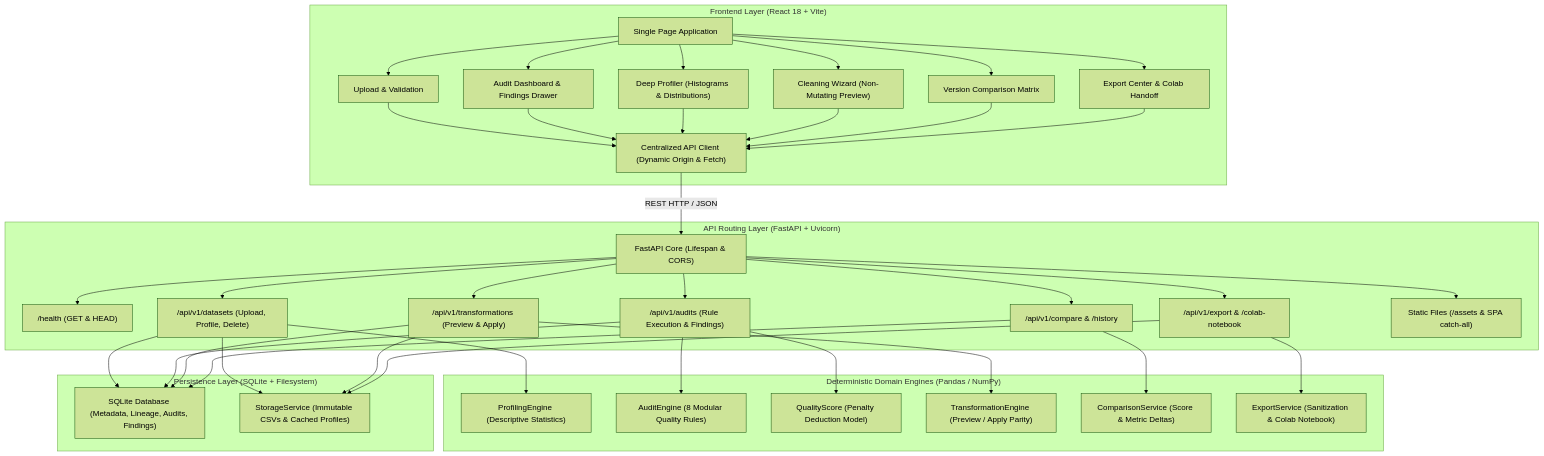
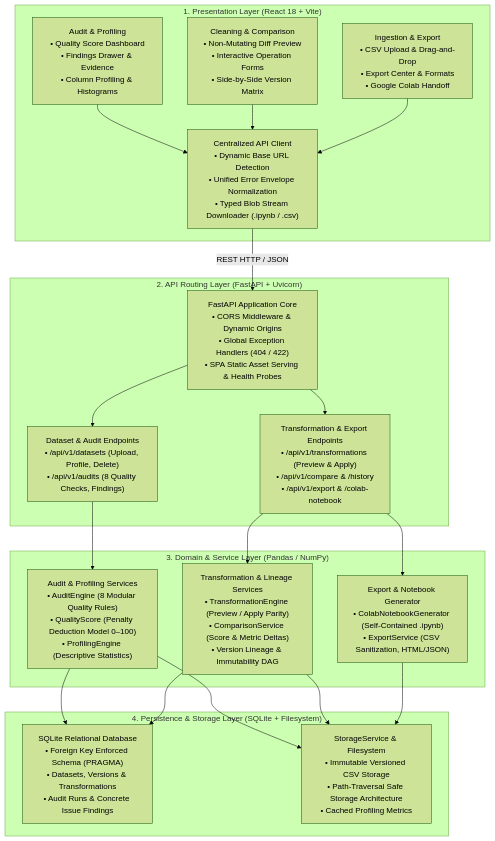
The second of 3 diagrams in README.md (ShadowStorm009/DataLens), drawn with Mermaid (forest theme) before and after one commit. The commit also changed other lines of this file, not shown here.

Commit message:
docs: redesign system component architecture diagram for clarity and readability

````diff
--- a/README.md
+++ b/README.md
@@ -143,67 +143,37 @@
 ```mermaid
 flowchart TD
-    subgraph Client["Frontend Layer (React 18 + Vite)"]
-        SPA["Single Page Application"]
-        UploadComp["Upload & Validation"]
-        DashComp["Audit Dashboard & Findings Drawer"]
-        ProfileComp["Deep Profiler (Histograms & Distributions)"]
-        CleanComp["Cleaning Wizard (Non-Mutating Preview)"]
-        CompareComp["Version Comparison Matrix"]
-        ExportComp["Export Center & Colab Handoff"]
-        APIClient["Centralized API Client (Dynamic Origin & Fetch)"]
+    subgraph UI ["1. Presentation Layer (React 18 + Vite)"]
+        UI_Dash["Audit & Profiling<br/>• Quality Score Dashboard<br/>• Findings Drawer & Evidence<br/>• Column Profiling & Histograms"]
+        UI_Clean["Cleaning & Comparison<br/>• Non-Mutating Diff Preview<br/>• Interactive Operation Forms<br/>• Side-by-Side Version Matrix"]
+        UI_Export["Ingestion & Export<br/>• CSV Upload & Drag-and-Drop<br/>• Export Center & Formats<br/>• Google Colab Handoff"]
+        API_Client["Centralized API Client<br/>• Dynamic Base URL Detection<br/>• Unified Error Envelope Normalization<br/>• Typed Blob Stream Downloader (.ipynb / .csv)"]
         
-        SPA --> UploadComp
-        SPA --> DashComp
-        SPA --> ProfileComp
-        SPA --> CleanComp
-        SPA --> CompareComp
-        SPA --> ExportComp
-        UploadComp & DashComp & ProfileComp & CleanComp & CompareComp & ExportComp --> APIClient
+        UI_Dash & UI_Clean & UI_Export --> API_Client
     end
 
-    subgraph Server["API Routing Layer (FastAPI + Uvicorn)"]
-        FastAPIApp["FastAPI Core (Lifespan & CORS)"]
-        HealthRoute["/health (GET & HEAD)"]
-        DatasetRoute["/api/v1/datasets (Upload, Profile, Delete)"]
-        AuditRoute["/api/v1/audits (Rule Execution & Findings)"]
-        TransformRoute["/api/v1/transformations (Preview & Apply)"]
-        CompareRoute["/api/v1/compare & /history"]
-        ExportRoute["/api/v1/export & /colab-notebook"]
-        SPARoute["Static Files (/assets & SPA catch-all)"]
+    subgraph API ["2. API Routing Layer (FastAPI + Uvicorn)"]
+        API_Gateway["FastAPI Application Core<br/>• CORS Middleware & Dynamic Origins<br/>• Global Exception Handlers (404 / 422)<br/>• SPA Static Asset Serving & Health Probes"]
+        Route_Core["Dataset & Audit Endpoints<br/>• /api/v1/datasets (Upload, Profile, Delete)<br/>• /api/v1/audits (8 Quality Checks, Findings)"]
+        Route_Ops["Transformation & Export Endpoints<br/>• /api/v1/transformations (Preview & Apply)<br/>• /api/v1/compare & /history<br/>• /api/v1/export & /colab-notebook"]
 
-        APIClient -->|REST HTTP / JSON| FastAPIApp
-        FastAPIApp --> HealthRoute
-        FastAPIApp --> DatasetRoute
-        FastAPIApp --> AuditRoute
-        FastAPIApp --> TransformRoute
-        FastAPIApp --> CompareRoute
-        FastAPIApp --> ExportRoute
-        FastAPIApp --> SPARoute
+        API_Gateway --> Route_Core & Route_Ops
     end
 
-    subgraph Engines["Deterministic Domain Engines (Pandas / NumPy)"]
-        ProfilingEngine["ProfilingEngine (Descriptive Statistics)"]
-        AuditEngine["AuditEngine (8 Modular Quality Rules)"]
-        ScoringEngine["QualityScore (Penalty Deduction Model)"]
-        TransformEngine["TransformationEngine (Preview / Apply Parity)"]
-        ComparisonEngine["ComparisonService (Score & Metric Deltas)"]
-        ExportEngine["ExportService (Sanitization & Colab Notebook)"]
-
-        DatasetRoute --> ProfilingEngine
-        AuditRoute --> AuditEngine & ScoringEngine
-        TransformRoute --> TransformEngine
-        CompareRoute --> ComparisonEngine
-        ExportRoute --> ExportEngine
+    subgraph Domain ["3. Domain & Service Layer (Pandas / NumPy)"]
+        Engine_Audit["Audit & Profiling Services<br/>• AuditEngine (8 Modular Quality Rules)<br/>• QualityScore (Penalty Deduction Model 0–100)<br/>• ProfilingEngine (Descriptive Statistics)"]
+        Engine_Transform["Transformation & Lineage Services<br/>• TransformationEngine (Preview / Apply Parity)<br/>• ComparisonService (Score & Metric Deltas)<br/>• Version Lineage & Immutability DAG"]
+        Engine_Export["Export & Notebook Generator<br/>• ColabNotebookGenerator (Self-Contained .ipynb)<br/>• ExportService (CSV Sanitization, HTML/JSON)"]
     end
 
-    subgraph Storage["Persistence Layer (SQLite + Filesystem)"]
-        DB["SQLite Database (Metadata, Lineage, Audits, Findings)"]
-        DiskStore["StorageService (Immutable CSVs & Cached Profiles)"]
+    subgraph Persistence ["4. Persistence & Storage Layer (SQLite + Filesystem)"]
+        DB["SQLite Relational Database<br/>• Foreign Key Enforced Schema (PRAGMA)<br/>• Datasets, Versions & Transformations<br/>• Audit Runs & Concrete Issue Findings"]
+        Storage["StorageService & Filesystem<br/>• Immutable Versioned CSV Storage<br/>• Path-Traversal Safe Storage Architecture<br/>• Cached Profiling Metrics"]
+    end
 
-        DatasetRoute --> DB & DiskStore
-        AuditRoute --> DB
-        TransformRoute --> DB & DiskStore
-        CompareRoute --> DB
-        ExportRoute --> DiskStore
-    end
+    API_Client -->|REST HTTP / JSON| API_Gateway
+    Route_Core --> Engine_Audit
+    Route_Ops --> Engine_Transform & Engine_Export
+    Engine_Audit --> DB & Storage
+    Engine_Transform --> DB & Storage
+    Engine_Export --> Storage
 ```
````
